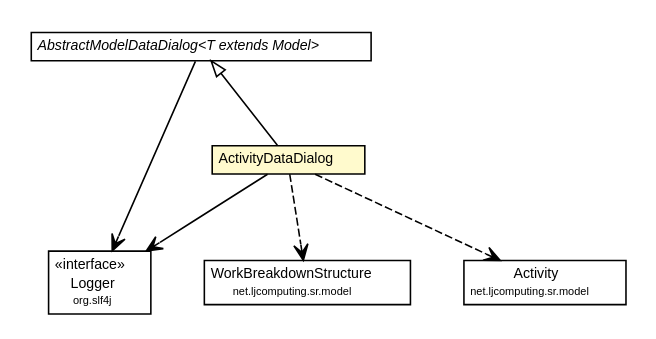
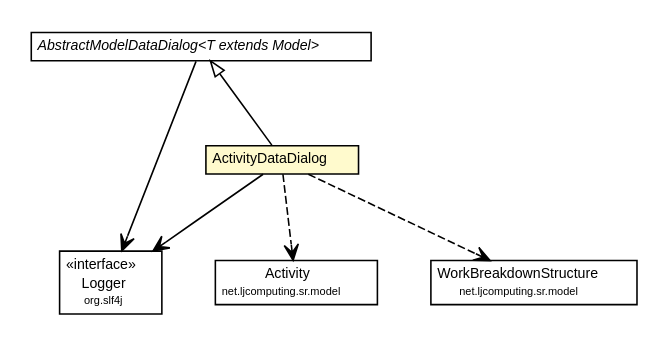
Before and after one commit to willmorejg/net.ljcomputing.sr2: the diagram in net.ljcomputing.status-reporter-2/docs/javadoc/apidocs/net/ljcomputing/sr/fx/dialog/impl/ActivityDataDialog.dot, drawn with Graphviz. The commit also changed 293 other files, not shown here.

```diff
--- a/net.ljcomputing.status-reporter-2/docs/javadoc/apidocs/net/ljcomputing/sr/fx/dialog/impl/ActivityDataDialog.dot
+++ b/net.ljcomputing.status-reporter-2/docs/javadoc/apidocs/net/ljcomputing/sr/fx/dialog/impl/ActivityDataDialog.dot
@@ -1,56 +1,56 @@
 #!/usr/local/bin/dot
 #
 # Class diagram 
 # Generated by UMLGraph version R5_6 (http://www.umlgraph.org/)
 #
 
 digraph G {
 	edge [fontname="Helvetica",fontsize=10,labelfontname="Helvetica",labelfontsize=10];
 	node [fontname="Helvetica",fontsize=10,shape=plaintext];
 	nodesep=0.25;
 	ranksep=0.5;
 	// net.ljcomputing.sr.fx.dialog.impl.ActivityDataDialog
-	c655 [label=<<table title="net.ljcomputing.sr.fx.dialog.impl.ActivityDataDialog" border="0" cellborder="1" cellspacing="0" cellpadding="2" port="p" bgcolor="lemonChiffon" href="./ActivityDataDialog.html">
+	c637 [label=<<table title="net.ljcomputing.sr.fx.dialog.impl.ActivityDataDialog" border="0" cellborder="1" cellspacing="0" cellpadding="2" port="p" bgcolor="lemonChiffon" href="./ActivityDataDialog.html">
 		<tr><td><table border="0" cellspacing="0" cellpadding="1">
 <tr><td align="center" balign="center"> ActivityDataDialog </td></tr>
 		</table></td></tr>
 		</table>>, URL="./ActivityDataDialog.html", fontname="Helvetica", fontcolor="black", fontsize=9.0];
 	// net.ljcomputing.sr.fx.dialog.impl.AbstractModelDataDialog<T extends net.ljcomputing.model.Model>
-	c657 [label=<<table title="net.ljcomputing.sr.fx.dialog.impl.AbstractModelDataDialog" border="0" cellborder="1" cellspacing="0" cellpadding="2" port="p" href="./AbstractModelDataDialog.html">
+	c638 [label=<<table title="net.ljcomputing.sr.fx.dialog.impl.AbstractModelDataDialog" border="0" cellborder="1" cellspacing="0" cellpadding="2" port="p" href="./AbstractModelDataDialog.html">
 		<tr><td><table border="0" cellspacing="0" cellpadding="1">
 <tr><td align="center" balign="center"><font face="Helvetica-Oblique"> AbstractModelDataDialog&lt;T extends Model&gt; </font></td></tr>
 		</table></td></tr>
 		</table>>, URL="./AbstractModelDataDialog.html", fontname="Helvetica", fontcolor="black", fontsize=9.0];
 	//net.ljcomputing.sr.fx.dialog.impl.ActivityDataDialog extends net.ljcomputing.sr.fx.dialog.impl.AbstractModelDataDialog<net.ljcomputing.sr.model.Activity>
-	c657:p -> c655:p [dir=back,arrowtail=empty];
+	c638:p -> c637:p [dir=back,arrowtail=empty];
 	// net.ljcomputing.sr.fx.dialog.impl.ActivityDataDialog NAVASSOC org.slf4j.Logger
-	c655:p -> c679:p [taillabel="", label="", headlabel="", fontname="Helvetica", fontcolor="black", fontsize=10.0, color="black", arrowhead=open];
+	c637:p -> c660:p [taillabel="", label="", headlabel="", fontname="Helvetica", fontcolor="black", fontsize=10.0, color="black", arrowhead=open];
 	// net.ljcomputing.sr.fx.dialog.impl.AbstractModelDataDialog<T extends net.ljcomputing.model.Model> NAVASSOC org.slf4j.Logger
-	c657:p -> c679:p [taillabel="", label="", headlabel="", fontname="Helvetica", fontcolor="black", fontsize=10.0, color="black", arrowhead=open];
+	c638:p -> c660:p [taillabel="", label="", headlabel="", fontname="Helvetica", fontcolor="black", fontsize=10.0, color="black", arrowhead=open];
+	// net.ljcomputing.sr.fx.dialog.impl.ActivityDataDialog DEPEND net.ljcomputing.sr.model.Activity
+	c637:p -> c661:p [taillabel="", label="", headlabel="", fontname="Helvetica", fontcolor="black", fontsize=10.0, color="black", arrowhead=open, style=dashed];
 	// net.ljcomputing.sr.fx.dialog.impl.ActivityDataDialog DEPEND net.ljcomputing.sr.model.WorkBreakdownStructure
-	c655:p -> c680:p [taillabel="", label="", headlabel="", fontname="Helvetica", fontcolor="black", fontsize=10.0, color="black", arrowhead=open, style=dashed];
-	// net.ljcomputing.sr.fx.dialog.impl.ActivityDataDialog DEPEND net.ljcomputing.sr.model.Activity
-	c655:p -> c681:p [taillabel="", label="", headlabel="", fontname="Helvetica", fontcolor="black", fontsize=10.0, color="black", arrowhead=open, style=dashed];
+	c637:p -> c662:p [taillabel="", label="", headlabel="", fontname="Helvetica", fontcolor="black", fontsize=10.0, color="black", arrowhead=open, style=dashed];
 	// net.ljcomputing.sr.model.WorkBreakdownStructure
-	c680 [label=<<table title="net.ljcomputing.sr.model.WorkBreakdownStructure" border="0" cellborder="1" cellspacing="0" cellpadding="2" port="p">
+	c662 [label=<<table title="net.ljcomputing.sr.model.WorkBreakdownStructure" border="0" cellborder="1" cellspacing="0" cellpadding="2" port="p">
 		<tr><td><table border="0" cellspacing="0" cellpadding="1">
 <tr><td align="center" balign="center"> WorkBreakdownStructure </td></tr>
 <tr><td align="center" balign="center"><font point-size="7.0"> net.ljcomputing.sr.model </font></td></tr>
 		</table></td></tr>
 		</table>>, URL="null", fontname="Helvetica", fontcolor="black", fontsize=9.0];
 	// org.slf4j.Logger
-	c679 [label=<<table title="org.slf4j.Logger" border="0" cellborder="1" cellspacing="0" cellpadding="2" port="p" href="http://www.slf4j.org/apidocs/org/slf4j/Logger.html">
+	c660 [label=<<table title="org.slf4j.Logger" border="0" cellborder="1" cellspacing="0" cellpadding="2" port="p" href="http://www.slf4j.org/apidocs/org/slf4j/Logger.html">
 		<tr><td><table border="0" cellspacing="0" cellpadding="1">
 <tr><td align="center" balign="center"> &#171;interface&#187; </td></tr>
 <tr><td align="center" balign="center"> Logger </td></tr>
 <tr><td align="center" balign="center"><font point-size="7.0"> org.slf4j </font></td></tr>
 		</table></td></tr>
 		</table>>, URL="http://www.slf4j.org/apidocs/org/slf4j/Logger.html", fontname="Helvetica", fontcolor="black", fontsize=9.0];
 	// net.ljcomputing.sr.model.Activity
-	c681 [label=<<table title="net.ljcomputing.sr.model.Activity" border="0" cellborder="1" cellspacing="0" cellpadding="2" port="p">
+	c661 [label=<<table title="net.ljcomputing.sr.model.Activity" border="0" cellborder="1" cellspacing="0" cellpadding="2" port="p">
 		<tr><td><table border="0" cellspacing="0" cellpadding="1">
 <tr><td align="center" balign="center"> Activity </td></tr>
 <tr><td align="center" balign="center"><font point-size="7.0"> net.ljcomputing.sr.model </font></td></tr>
 		</table></td></tr>
 		</table>>, URL="null", fontname="Helvetica", fontcolor="black", fontsize=9.0];
 }
```
